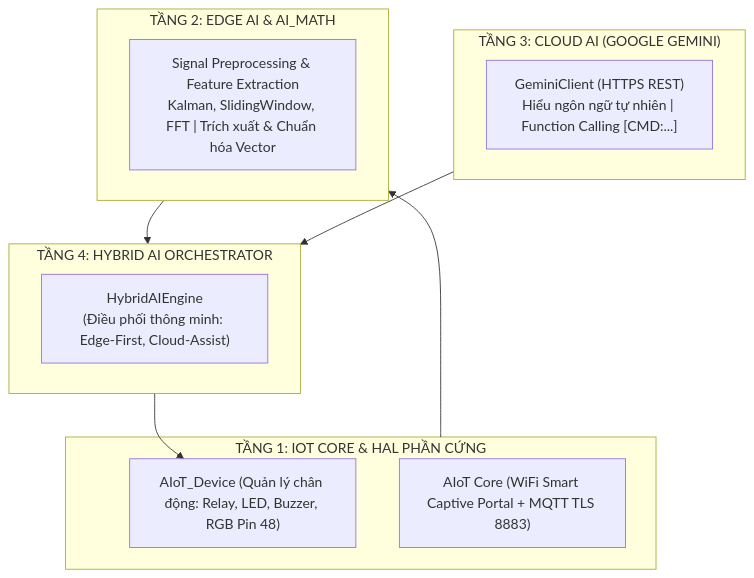
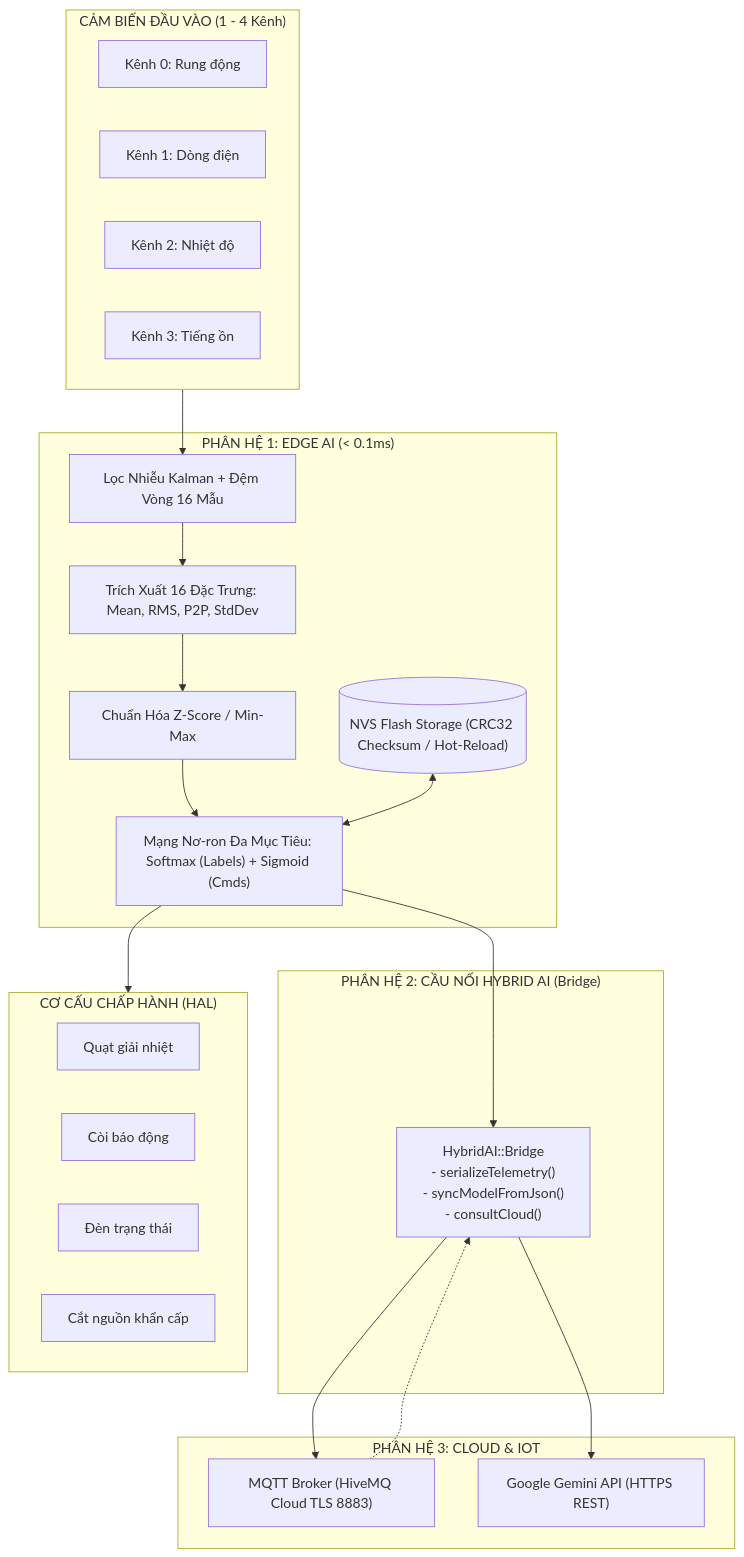
The diagram in README.md (ThangNguyen2106-dash/AIoT_DEVERLOPMENT), drawn with Mermaid before and after one commit. The commit also changed other lines of this file and 6 other files, not shown here.

````diff
--- a/README.md
+++ b/README.md
@@ -61,24 +49,42 @@
 ```mermaid
 flowchart TD
-    subgraph Layer4["TẦNG 4: HYBRID AI ORCHESTRATOR"]
-        Hybrid["HybridAIEngine<br/>(Điều phối thông minh: Edge-First, Cloud-Assist)"]
+    subgraph SENSORS["CẢM BIẾN ĐẦU VÀO (1 - 4 Kênh)"]
+        S0["Kênh 0: Rung động"]
+        S1["Kênh 1: Dòng điện"]
+        S2["Kênh 2: Nhiệt độ"]
+        S3["Kênh 3: Tiếng ồn"]
     end
 
-    subgraph Layer3["TẦNG 3: CLOUD AI (GOOGLE GEMINI)"]
-        Gemini["GeminiClient (HTTPS REST)<br/>Hiểu ngôn ngữ tự nhiên | Function Calling [CMD:...]"]
+    subgraph EDGE_AI["PHÂN HỆ 1: EDGE AI (< 0.1ms)"]
+        Pre["Lọc Nhiễu Kalman + Đệm Vòng 16 Mẫu"]
+        Feat["Trích Xuất 16 Đặc Trưng: Mean, RMS, P2P, StdDev"]
+        Norm["Chuẩn Hóa Z-Score / Min-Max"]
+        Engine["Mạng Nơ-ron Đa Mục Tiêu: Softmax (Labels) + Sigmoid (Cmds)"]
+        NVS[("NVS Flash Storage (CRC32 Checksum / Hot-Reload)")]
+        Pre --> Feat --> Norm --> Engine
+        NVS <--> Engine
     end
 
-    subgraph Layer2["TẦNG 2: EDGE AI & AI_MATH"]
-        Edge["Signal Preprocessing & Feature Extraction<br/>Kalman, SlidingWindow, FFT | Trích xuất & Chuẩn hóa Vector"]
+    subgraph HYBRID_AI["PHÂN HỆ 2: CẦU NỐI HYBRID AI (Bridge)"]
+        Bridge["HybridAI::Bridge<br/>- serializeTelemetry()<br/>- syncModelFromJson()<br/>- consultCloud()"]
     end
 
-    subgraph Layer1["TẦNG 1: IOT CORE & HAL PHẦN CỨNG"]
-        Device["AIoT_Device (Quản lý chân động: Relay, LED, Buzzer, RGB Pin 48)"]
-        IoTNet["AIoT Core (WiFi Smart Captive Portal + MQTT TLS 8883)"]
+    subgraph CLOUD["PHÂN HỆ 3: CLOUD & IOT"]
+        Broker["MQTT Broker (HiveMQ Cloud TLS 8883)"]
+        Gemini["Google Gemini API (HTTPS REST)"]
     end
 
-    Layer1 --> Layer2
-    Layer2 --> Layer4
-    Layer3 --> Layer4
-    Layer4 --> Device
+    subgraph ACTUATORS["CƠ CẤU CHẤP HÀNH (HAL)"]
+        R0["Quạt giải nhiệt"]
+        R1["Còi báo động"]
+        R2["Đèn trạng thái"]
+        R3["Cắt nguồn khẩn cấp"]
+    end
+
+    SENSORS --> Pre
+    Engine --> ACTUATORS
+    Engine --> Bridge
+    Bridge --> Broker
+    Bridge --> Gemini
+    Broker -.-> Bridge
 ```
````
